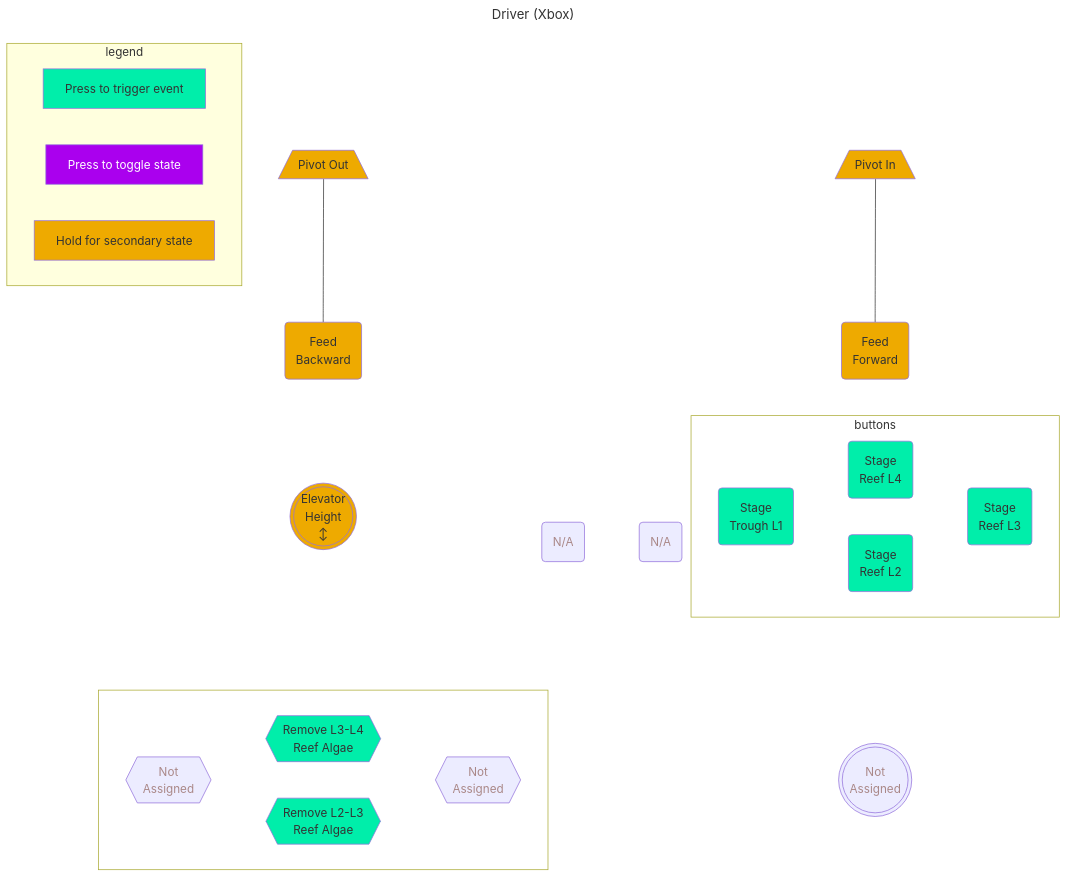
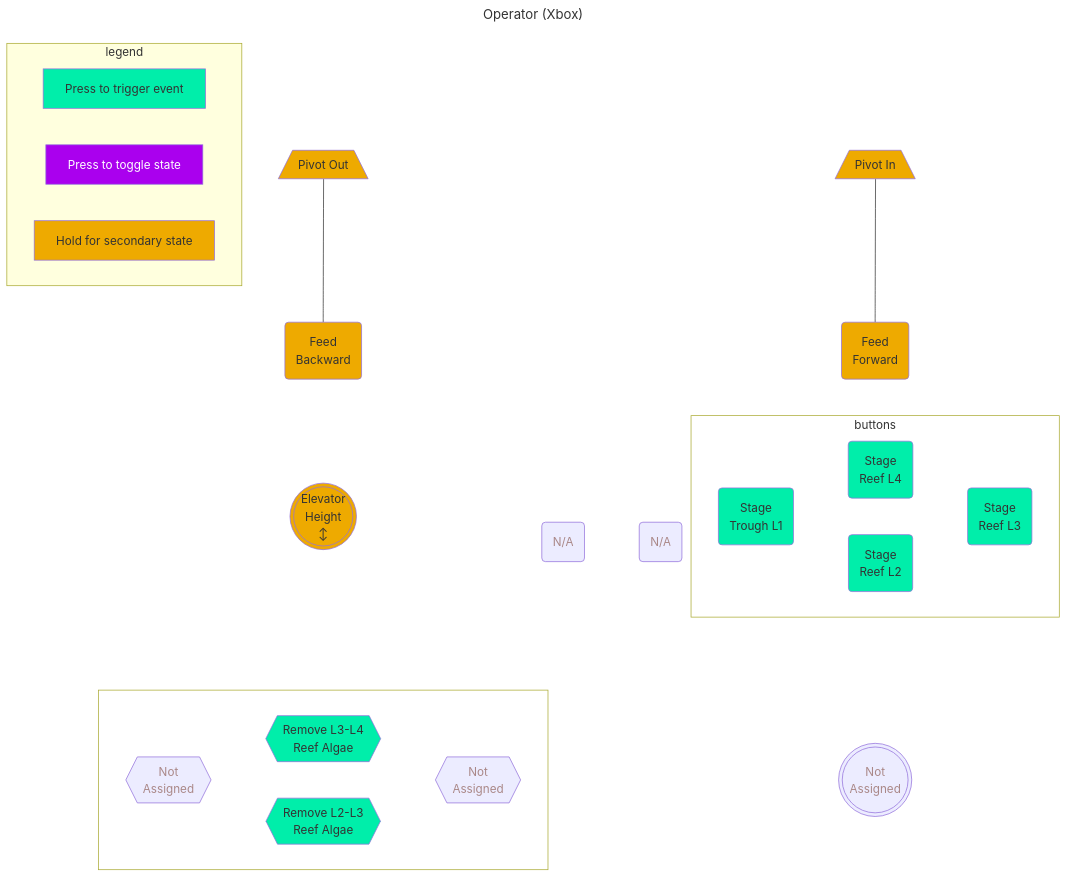
The diagram in doc/controller_diagrams/operator_xbox_2025_alt2.mermaid (Raptacon/Robot-2025), drawn with Mermaid before and after one commit. The commit also changed 4 other files, not shown here.

```diff
--- a/doc/controller_diagrams/operator_xbox_2025_alt2.mermaid
+++ b/doc/controller_diagrams/operator_xbox_2025_alt2.mermaid
@@ -1,81 +1,81 @@
 ---
-title: Driver (Xbox)
+title: Operator (Xbox)
 ---
 graph TB
     LT[/Pivot Out\]:::clsHold
     NullTrigger:::hidden
     RT[/Pivot In\]:::clsHold
 
     LB("Feed
         Backward"):::clsHold
     NullBumper:::hidden
     RB("Feed
         Forward"):::clsHold
 
     LJs((("Elevator
             Height
             ↕"))):::clsHold
     subgraph controls[ ]
         Start("N/A"):::na~~~Select("N/A"):::na
     end
     controls:::hidden
     subgraph buttons
         x("Stage 
             Trough L1"):::clsPress
         y("Stage
             Reef L4"):::clsPress
         a("Stage 
             Reef L2"):::clsPress
         b("Stage
             Reef L3"):::clsPress
 
         x~~~y~~~b
         x~~~a~~~b
     end
     buttons:::nobg
     
 
     LNoteLayer[/"Vertical Axis Only
                  ↕"/]:::hidden
     MNoteLayer:::hidden
     RNoteLayer[/"Horizontal Axis Only
                  ↔"/]:::hidden
 
     subgraph dpad[ ]
         dL{{"Not 
             Assigned"}}:::na
         dU{{"Remove L3-L4
             Reef Algae"}}:::clsPress
         dD{{"Remove L2-L3
             Reef Algae"}}:::clsPress
         dR{{"Not 
             Assigned"}}:::na
 
         dL~~~dU~~~dR
         %% dL---dR
     
         dL~~~dD~~~dR
     end
     dpad:::nobg
     NullBottom:::hidden
     RJs((("Not
             Assigned"))):::na
 
     LT---LB~~~LJs~~~LNoteLayer~~~dpad
     NullTrigger~~~NullBumper
         NullBumper~~~controls~~~MNoteLayer
         MNoteLayer~~~NullBottom
     RT---RB~~~buttons~~~RNoteLayer~~~RJs
 
     subgraph legend
         press["Press to trigger event"]:::clsPress
         toggle["Press to toggle state"]:::clsToggle
         hold["Hold for secondary state"]:::clsHold
     end
 classDef hidden display: none;
 classDef na color: #a88
 classDef note fill: #0000, stroke-dasharray: 5 5
 classDef clsHold fill: #ea0
 classDef clsToggle fill: #a0e, color: white
 classDef clsPress fill: #0ea
 classDef nobg fill: transparent
```
